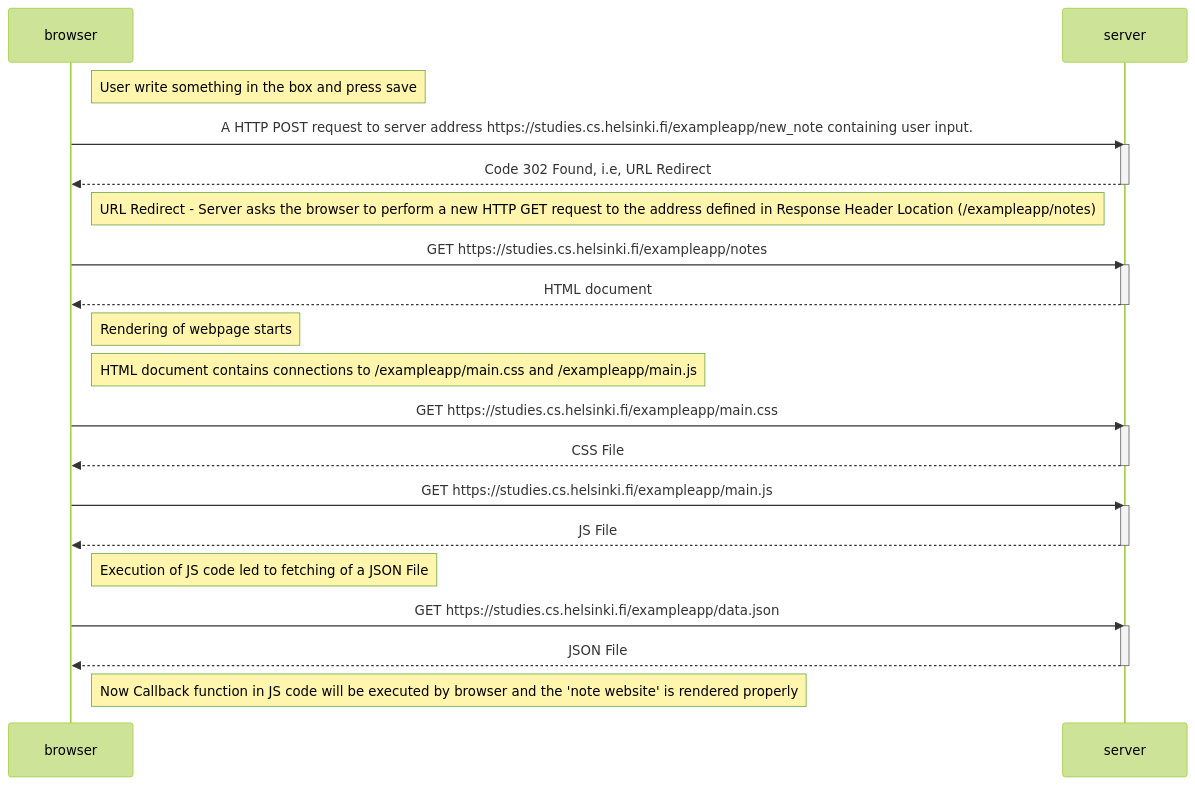
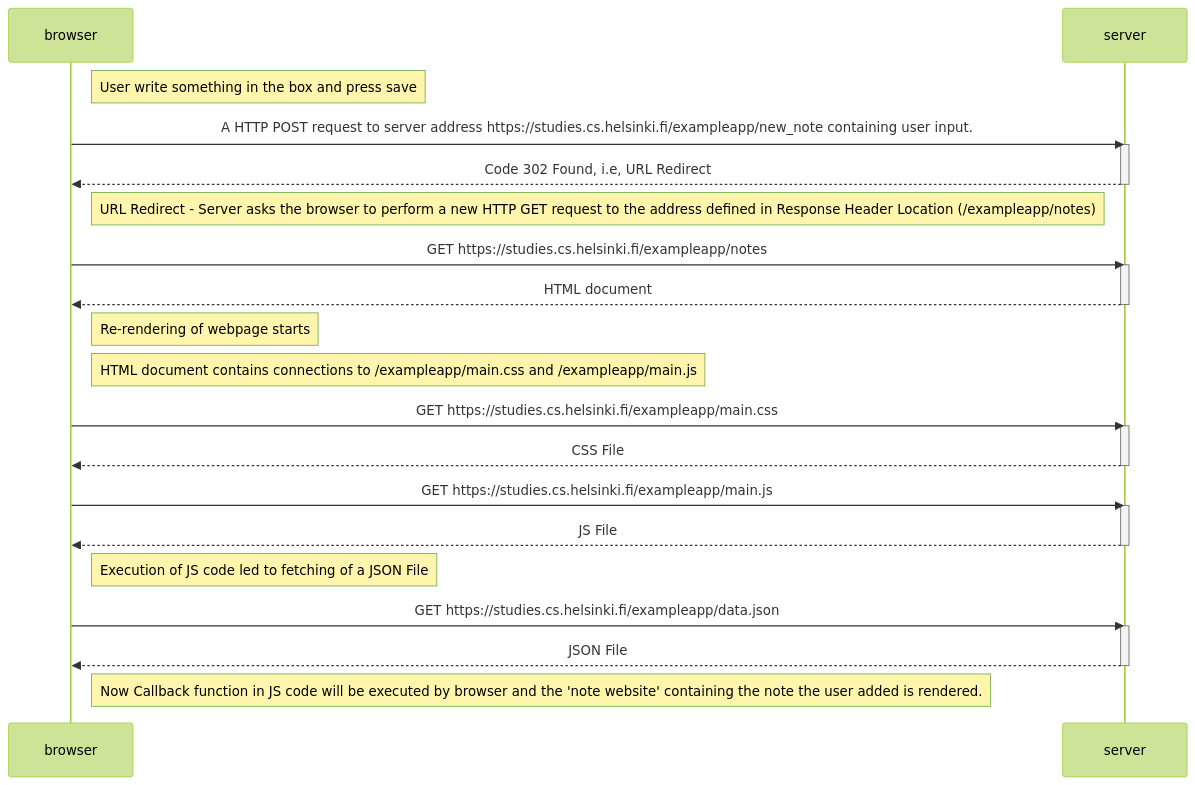
One commit to AsijaAnand-WM/FullStackOpen changed the diagram in part0/q0_4/README.md. Above: the diagram before and after it, drawn with Mermaid (forest theme). The commit also changed 1 other file, not shown here.

Commit message:
Corrections

````diff
--- a/part0/q0_4/README.md
+++ b/part0/q0_4/README.md
@@ -3,37 +3,36 @@
 ```mermaid
 	sequenceDiagram
 	participant browser
 	participant server
 	
 	Note right of browser : User write something in the box and press save
 	browser ->> server : A HTTP POST request to server address https://studies.cs.helsinki.fi/exampleapp/new_note containing user input.
 	activate server
 	server -->> browser : Code 302 Found, i.e, URL Redirect
 	deactivate server
 	Note left of server : URL Redirect - Server asks the browser to perform a new HTTP GET request to the address defined in Response Header Location (/exampleapp/notes)
 
 	browser ->> server : GET https://studies.cs.helsinki.fi/exampleapp/notes
 	activate server
 	server -->> browser : HTML document
 	deactivate server
-	Note right of browser : Rendering of webpage starts
+	Note right of browser : Re-rendering of webpage starts
 	Note right of browser : HTML document contains connections to /exampleapp/main.css and /exampleapp/main.js
 	
 	browser ->> server : GET https://studies.cs.helsinki.fi/exampleapp/main.css
 	activate server
 	server -->> browser : CSS File
 	deactivate server
 	
 	browser ->> server : GET https://studies.cs.helsinki.fi/exampleapp/main.js
 	activate server
 	server -->> browser : JS File
 	deactivate server
 	Note right of browser: Execution of JS code led to fetching of a JSON File 
 	
 	browser ->> server : GET https://studies.cs.helsinki.fi/exampleapp/data.json
 	activate server
 	server -->> browser : JSON File
 	deactivate server
-
-	Note right of browser: Now Callback function in JS code will be executed by browser and the 'note website' is rendered properly
+	Note right of browser: Now Callback function in JS code will be executed by browser and the 'note website' containing the note the user added is rendered. 
 ```
````
